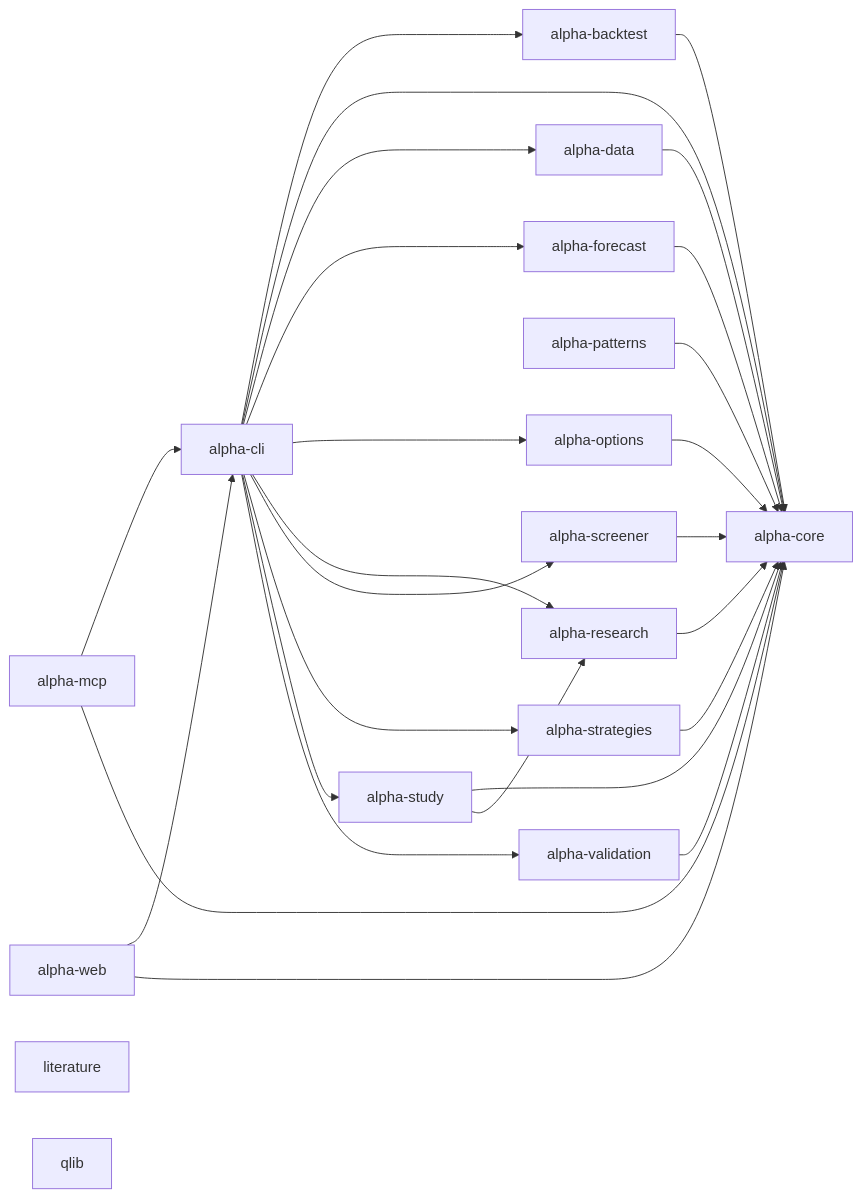
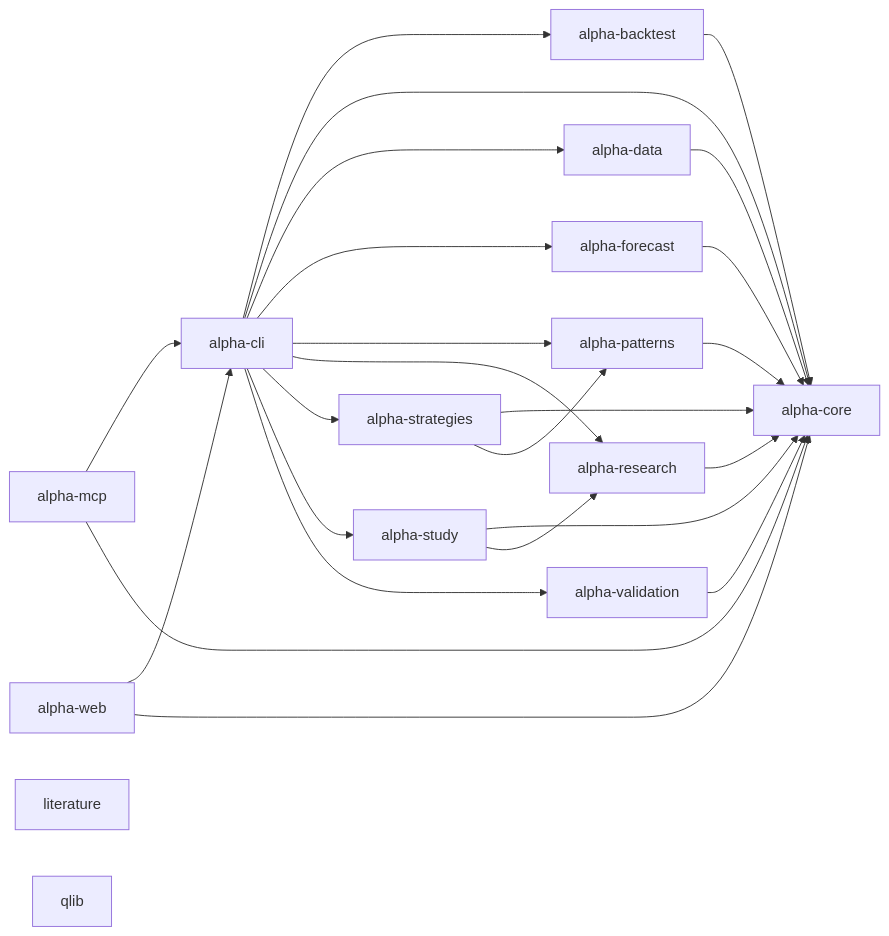
Before and after one commit to tradingsystem1880-eng/Project-ALPHA: the diagram in docs/atlas/system-map.md, drawn with Mermaid. The commit also changed other lines of this file and 114 other files, not shown here.

````diff
--- a/docs/atlas/system-map.md
+++ b/docs/atlas/system-map.md
@@ -8,44 +8,40 @@
 ```mermaid
 flowchart LR
     n0["alpha-backtest"]
     n1["alpha-cli"]
     n2["alpha-core"]
     n3["alpha-data"]
     n4["alpha-forecast"]
     n5["alpha-mcp"]
-    n6["alpha-options"]
-    n7["alpha-patterns"]
-    n8["alpha-research"]
-    n9["alpha-screener"]
-    n10["alpha-strategies"]
-    n11["alpha-study"]
-    n12["alpha-validation"]
-    n13["alpha-web"]
-    n14["literature"]
-    n15["qlib"]
+    n6["alpha-patterns"]
+    n7["alpha-research"]
+    n8["alpha-strategies"]
+    n9["alpha-study"]
+    n10["alpha-validation"]
+    n11["alpha-web"]
+    n12["literature"]
+    n13["qlib"]
     n0 --> n2
     n1 --> n0
     n1 --> n2
     n1 --> n3
     n1 --> n4
     n1 --> n6
+    n1 --> n7
     n1 --> n8
     n1 --> n9
     n1 --> n10
-    n1 --> n11
-    n1 --> n12
     n3 --> n2
     n4 --> n2
     n5 --> n1
     n5 --> n2
     n6 --> n2
     n7 --> n2
     n8 --> n2
+    n8 --> n6
     n9 --> n2
+    n9 --> n7
     n10 --> n2
+    n11 --> n1
     n11 --> n2
-    n11 --> n8
-    n12 --> n2
-    n13 --> n1
-    n13 --> n2
 ```
````
